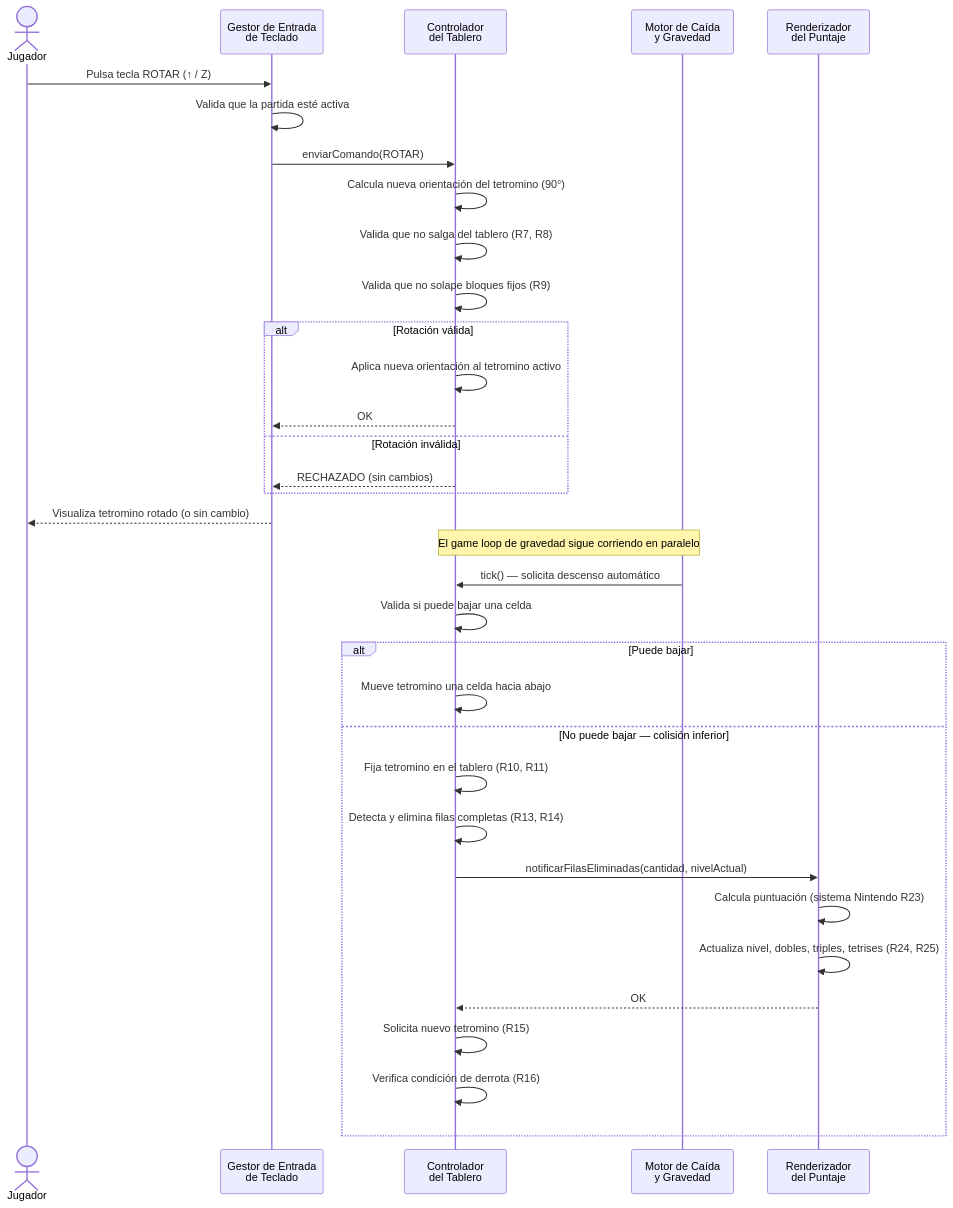
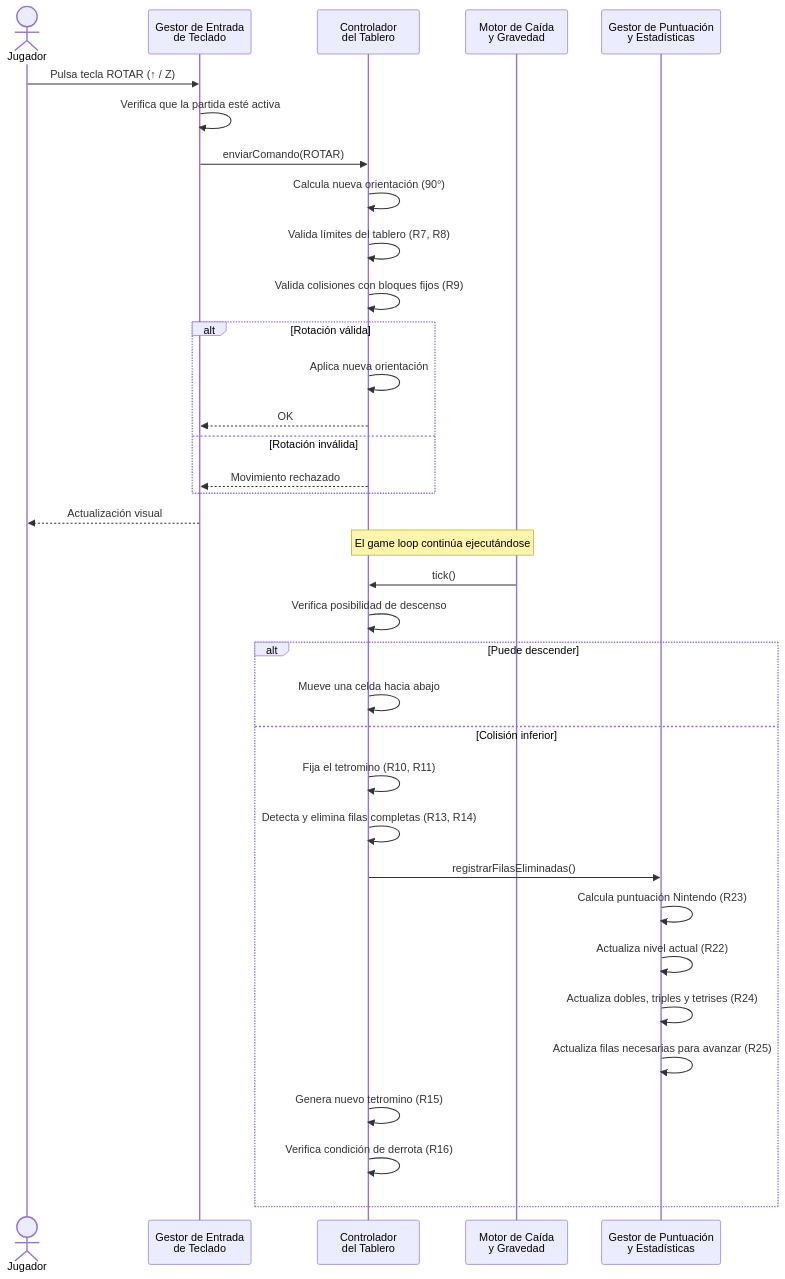
Before and after one commit to stalinab/tetris-c4-grupo5: the fourth of 4 diagrams in README.md, drawn with Mermaid. The commit also changed other lines of this file and 3 other files, not shown here.

Commit message:
refactor: separate score and statistics management from core game logic in architecture documentation

````diff
--- a/README.md
+++ b/README.md
@@ -149,36 +151,37 @@
 ```mermaid
 sequenceDiagram
     actor Jugador
     participant GEK as Gestor de Entrada<br/>de Teclado
     participant CT as Controlador<br/>del Tablero
     participant MCG as Motor de Caída<br/>y Gravedad
-    participant RP as Renderizador<br/>del Puntaje
+    participant GPE as Gestor de Puntuación<br/>y Estadísticas
     Jugador->>GEK: Pulsa tecla ROTAR (↑ / Z)
-    GEK->>GEK: Valida que la partida esté activa
+    GEK->>GEK: Verifica que la partida esté activa
     GEK->>CT: enviarComando(ROTAR)
-    CT->>CT: Calcula nueva orientación del tetromino (90°)
-    CT->>CT: Valida que no salga del tablero (R7, R8)
-    CT->>CT: Valida que no solape bloques fijos (R9)
+    CT->>CT: Calcula nueva orientación (90°)
+    CT->>CT: Valida límites del tablero (R7, R8)
+    CT->>CT: Valida colisiones con bloques fijos (R9)
     alt Rotación válida
-        CT->>CT: Aplica nueva orientación al tetromino activo
+        CT->>CT: Aplica nueva orientación
         CT-->>GEK: OK
     else Rotación inválida
-        CT-->>GEK: RECHAZADO (sin cambios)
+        CT-->>GEK: Movimiento rechazado
     end
-    GEK-->>Jugador: Visualiza tetromino rotado (o sin cambio)
-    Note over CT, MCG: El game loop de gravedad sigue corriendo en paralelo
-    MCG->>CT: tick() — solicita descenso automático
-    CT->>CT: Valida si puede bajar una celda
-    alt Puede bajar
-        CT->>CT: Mueve tetromino una celda hacia abajo
-    else No puede bajar — colisión inferior
-        CT->>CT: Fija tetromino en el tablero (R10, R11)
+    GEK-->>Jugador: Actualización visual
+    Note over CT,MCG: El game loop continúa ejecutándose
+    MCG->>CT: tick()
+    CT->>CT: Verifica posibilidad de descenso
+    alt Puede descender
+        CT->>CT: Mueve una celda hacia abajo
+    else Colisión inferior
+        CT->>CT: Fija el tetromino (R10, R11)
         CT->>CT: Detecta y elimina filas completas (R13, R14)
-        CT->>RP: notificarFilasEliminadas(cantidad, nivelActual)
-        RP->>RP: Calcula puntuación (sistema Nintendo R23)
-        RP->>RP: Actualiza nivel, dobles, triples, tetrises (R24, R25)
-        RP-->>CT: OK
-        CT->>CT: Solicita nuevo tetromino (R15)
+        CT->>GPE: registrarFilasEliminadas()
+        GPE->>GPE: Calcula puntuación Nintendo (R23)
+        GPE->>GPE: Actualiza nivel actual (R22)
+        GPE->>GPE: Actualiza dobles, triples y tetrises (R24)
+        GPE->>GPE: Actualiza filas necesarias para avanzar (R25)
+        CT->>CT: Genera nuevo tetromino (R15)
         CT->>CT: Verifica condición de derrota (R16)
     end
 ```
````
